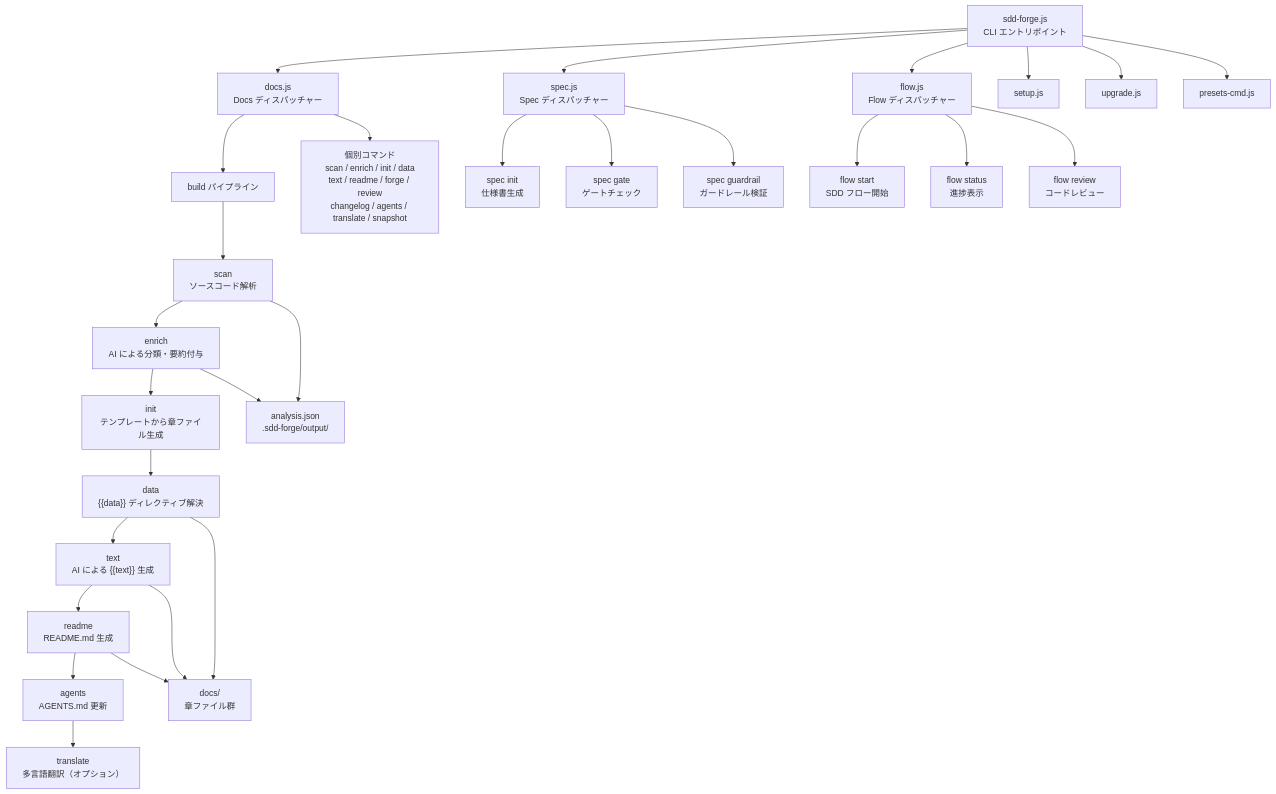
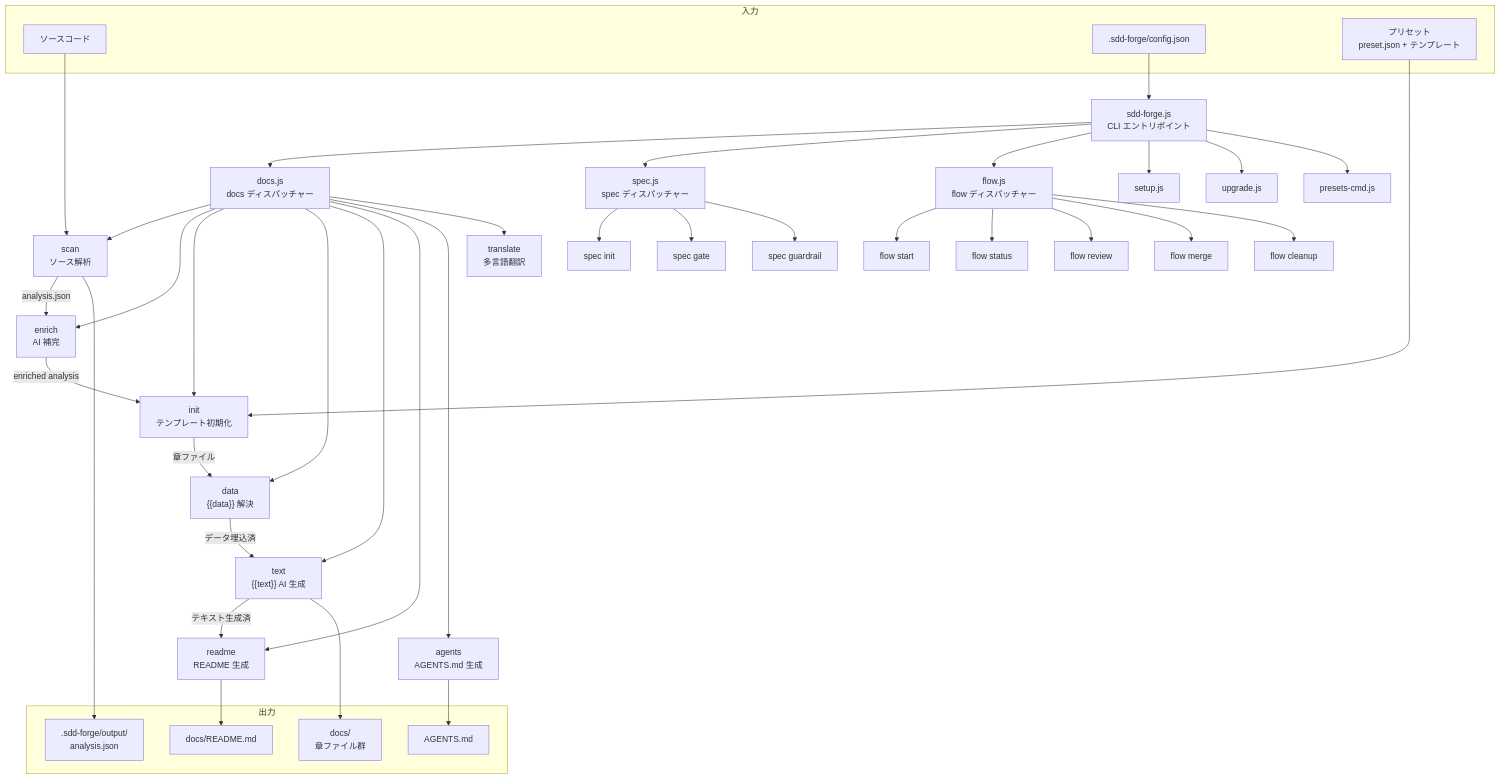
Before and after one commit to SpreadWorks/sdd-forge: the diagram in docs/ja/overview.md, drawn with Mermaid. The commit also changed other lines of this file and 15 other files, not shown here.

````diff
--- a/docs/ja/overview.md
+++ b/docs/ja/overview.md
@@ -29,37 +29,57 @@
 ```mermaid
-flowchart TB
+flowchart TD
     CLI["sdd-forge.js<br/>CLI エントリポイント"]
 
-    CLI --> DOCS["docs.js<br/>Docs ディスパッチャー"]
-    CLI --> SPEC["spec.js<br/>Spec ディスパッチャー"]
-    CLI --> FLOW["flow.js<br/>Flow ディスパッチャー"]
+    CLI --> DOCS["docs.js<br/>docs ディスパッチャー"]
+    CLI --> SPEC["spec.js<br/>spec ディスパッチャー"]
+    CLI --> FLOW["flow.js<br/>flow ディスパッチャー"]
     CLI --> SETUP["setup.js"]
     CLI --> UPGRADE["upgrade.js"]
     CLI --> PRESETS["presets-cmd.js"]
 
-    DOCS --> BUILD["build パイプライン"]
-    DOCS --> DOCS_CMD["個別コマンド<br/>scan / enrich / init / data<br/>text / readme / forge / review<br/>changelog / agents / translate / snapshot"]
+    DOCS --> SCAN["scan<br/>ソース解析"]
+    DOCS --> ENRICH["enrich<br/>AI 補完"]
+    DOCS --> INIT["init<br/>テンプレート初期化"]
+    DOCS --> DATA["data<br/>{{data}} 解決"]
+    DOCS --> TEXT["text<br/>{{text}} AI 生成"]
+    DOCS --> README["readme<br/>README 生成"]
+    DOCS --> AGENTS["agents<br/>AGENTS.md 生成"]
+    DOCS --> TRANSLATE["translate<br/>多言語翻訳"]
 
-    BUILD --> SCAN["scan<br/>ソースコード解析"]
-    SCAN --> ENRICH["enrich<br/>AI による分類・要約付与"]
-    ENRICH --> INIT["init<br/>テンプレートから章ファイル生成"]
-    INIT --> DATA["data<br/>{{data}} ディレクティブ解決"]
-    DATA --> TEXT["text<br/>AI による {{text}} 生成"]
-    TEXT --> README["readme<br/>README.md 生成"]
-    README --> AGENTS["agents<br/>AGENTS.md 更新"]
-    AGENTS --> TRANSLATE["translate<br/>多言語翻訳（オプション）"]
+    SCAN -->|analysis.json| ENRICH
+    ENRICH -->|enriched analysis| INIT
+    INIT -->|章ファイル| DATA
+    DATA -->|データ埋込済| TEXT
+    TEXT -->|テキスト生成済| README
 
-    SPEC --> SPEC_INIT["spec init<br/>仕様書生成"]
-    SPEC --> SPEC_GATE["spec gate<br/>ゲートチェック"]
-    SPEC --> SPEC_GUARD["spec guardrail<br/>ガードレール検証"]
+    SPEC --> SPEC_INIT["spec init"]
+    SPEC --> GATE["spec gate"]
+    SPEC --> GUARDRAIL["spec guardrail"]
 
-    FLOW --> FLOW_START["flow start<br/>SDD フロー開始"]
-    FLOW --> FLOW_STATUS["flow status<br/>進捗表示"]
-    FLOW --> FLOW_REVIEW["flow review<br/>コードレビュー"]
+    FLOW --> START["flow start"]
+    FLOW --> STATUS["flow status"]
+    FLOW --> REVIEW["flow review"]
+    FLOW --> MERGE["flow merge"]
+    FLOW --> CLEANUP["flow cleanup"]
 
-    SCAN --> ANALYSIS["analysis.json<br/>.sdd-forge/output/"]
-    ENRICH --> ANALYSIS
-    DATA --> DOCS_DIR["docs/<br/>章ファイル群"]
-    TEXT --> DOCS_DIR
-    README --> DOCS_DIR
+    subgraph 入力
+        SRC["ソースコード"]
+        CFG[".sdd-forge/config.json"]
+        PRESET["プリセット<br/>preset.json + テンプレート"]
+    end
+
+    subgraph 出力
+        ANALYSIS[".sdd-forge/output/<br/>analysis.json"]
+        DOCSOUT["docs/<br/>章ファイル群"]
+        READMEOUT["docs/README.md"]
+        AGENTSOUT["AGENTS.md"]
+    end
+
+    SRC --> SCAN
+    CFG --> CLI
+    PRESET --> INIT
+    SCAN --> ANALYSIS
+    TEXT --> DOCSOUT
+    README --> READMEOUT
+    AGENTS --> AGENTSOUT
 ```
````
